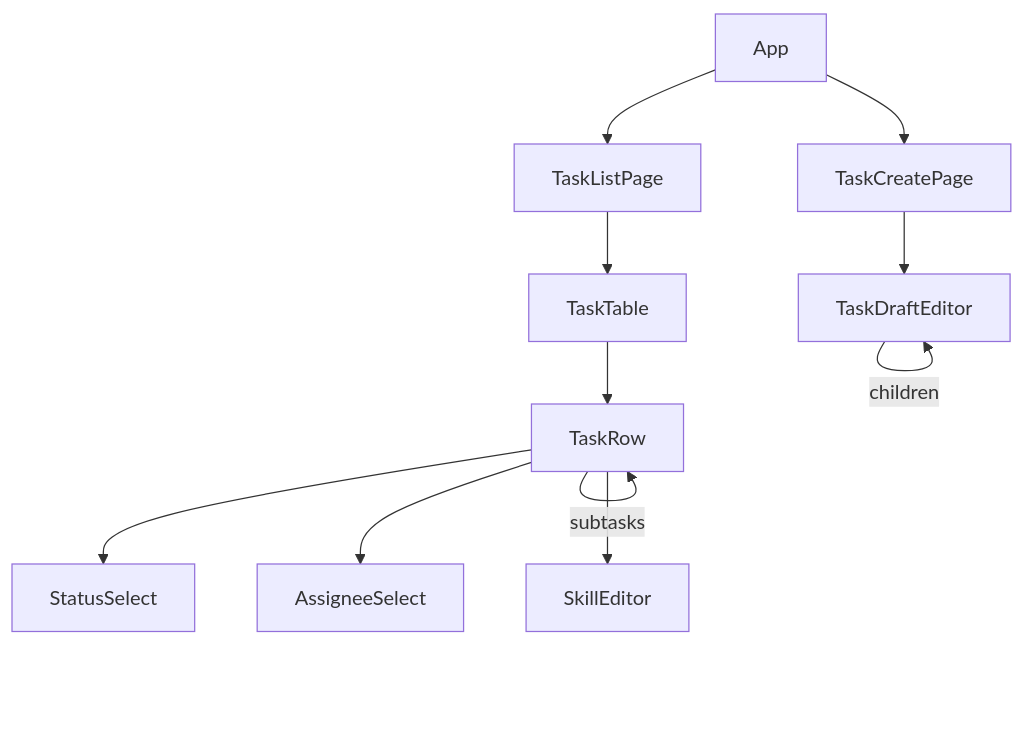
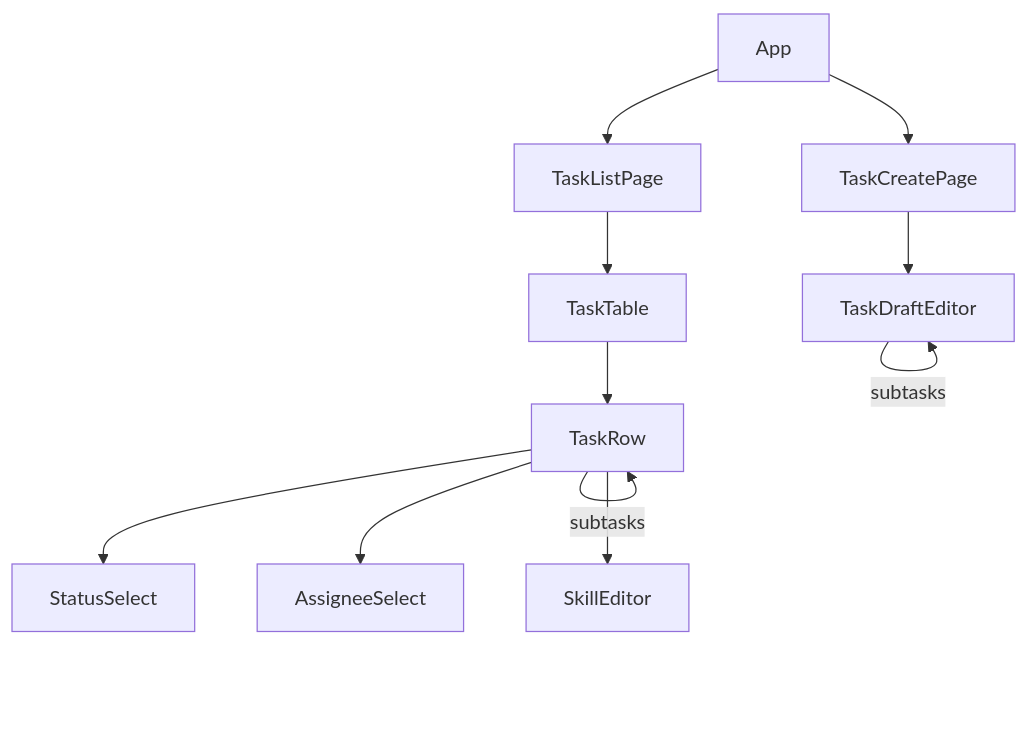
The fifth of 5 diagrams in docs/design.md (hanchiang/task-assignment-app), drawn with Mermaid before and after one commit. The commit also changed other lines of this file and 2 other files, not shown here.

````diff
--- a/docs/design.md
+++ b/docs/design.md
@@ -366,8 +384,8 @@
 ```mermaid
 flowchart TB
     App --> TaskListPage --> TaskTable --> TaskRow
     TaskRow --> StatusSelect & AssigneeSelect & SkillEditor
     TaskRow -->|subtasks| TaskRow
     App --> TaskCreatePage --> TaskDraftEditor
-    TaskDraftEditor -->|children| TaskDraftEditor
+    TaskDraftEditor -->|subtasks| TaskDraftEditor
 ```
````
